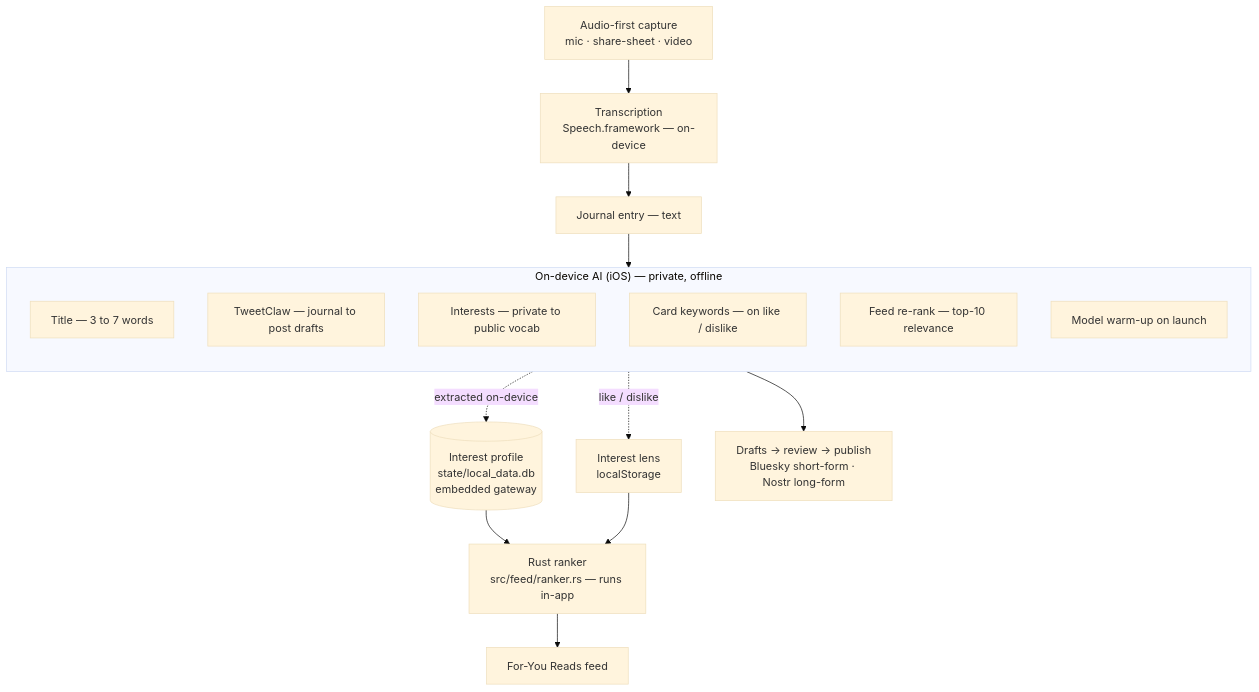
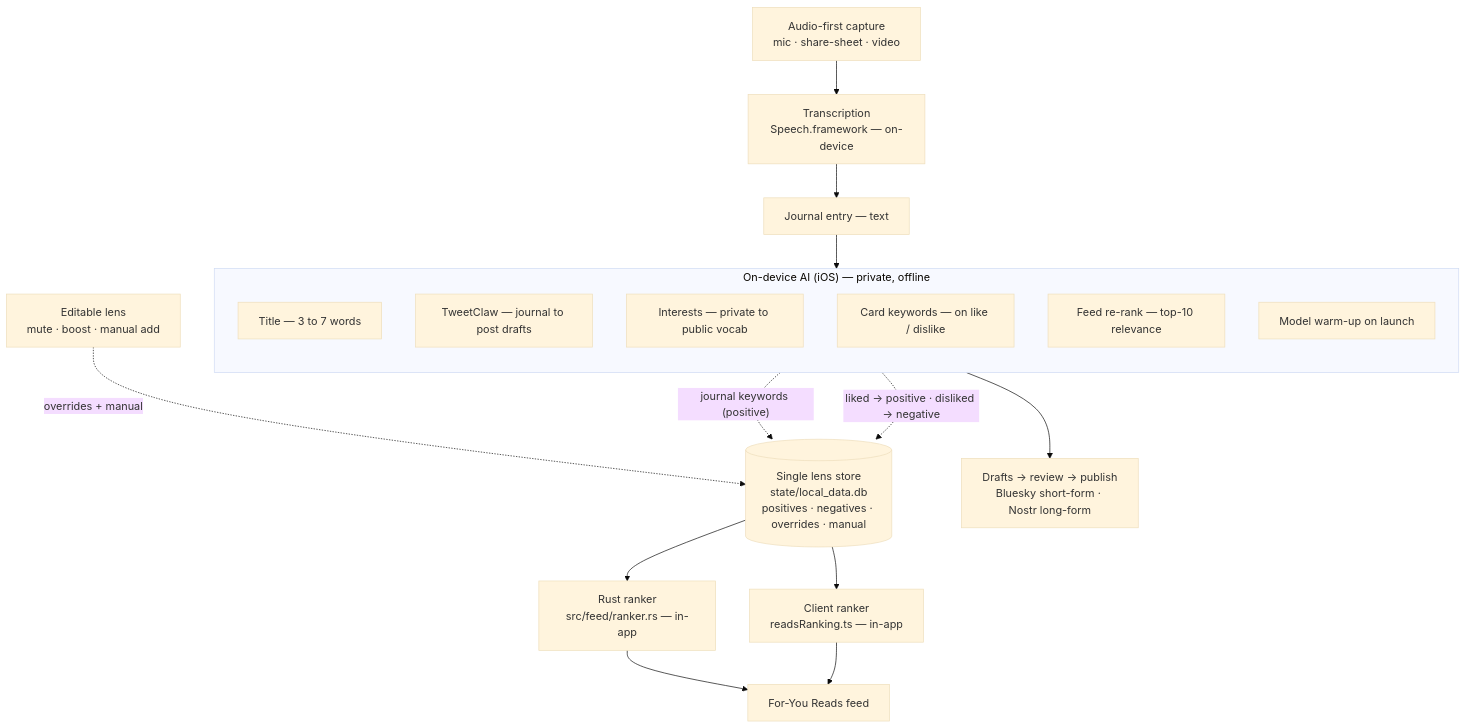
Before and after one commit to zanynik/slowclaw.social: the third of 3 diagrams in README.md, drawn with Mermaid (base theme). The commit also changed other lines of this file, not shown here.

Commit message:
docs(readme): single store, single lens
Phase 7 of the unification: update the AI-loop diagram + callout to
reflect that state/local_data.db is now the single source for the
curation lens.

- Diagram: the split IP (interest profile) + LENS (localStorage) nodes
  collapse into one STORE node. Journal keywords, liked/disliked card
  keywords, and the editable lens (mute/boost/manual) all write to it.
  Both rankers (Rust ranker.rs + client readsRanking.ts) read from it.
- 'Two stores, one lens' callout becomes 'One store, one lens':
  positives + persistent negatives + overrides + manual, survives iOS
  reinstall, one-time localStorage→SQLite migration on first launch.

No code change. Markdown only.

````diff
--- a/README.md
+++ b/README.md
@@ -92,23 +92,27 @@
 ```mermaid
 flowchart TB
     CAP["Audio-first capture<br/>mic · share-sheet · video"] --> TR["Transcription<br/>Speech.framework — on-device"]
     TR --> J["Journal entry — text"]
     J --> ON
 
     subgraph ON["On-device AI (iOS) — private, offline"]
         direction TB
         ON_T["Title — 3 to 7 words"]
         ON_TW["TweetClaw — journal to post drafts"]
         ON_IN["Interests — private to public vocab"]
         ON_CK["Card keywords — on like / dislike"]
         ON_RR["Feed re-rank — top-10 relevance"]
         ON_WM["Model warm-up on launch"]
     end
 
-    ON_IN -.->|"extracted on-device"| IP[("Interest profile<br/>state/local_data.db<br/>embedded gateway")]
-    ON_CK -.->|"like / dislike"| LENS["Interest lens<br/>localStorage"]
-    IP --> RANK["Rust ranker<br/>src/feed/ranker.rs — runs in-app"]
-    LENS --> RANK
-    RANK --> FEED["For-You Reads feed"]
+    ON_IN -.->|"journal keywords (positive)"| STORE
+    ON_CK -.->|"liked → positive · disliked → negative"| STORE
+    LENS_UI["Editable lens<br/>mute · boost · manual add"] -.->|"overrides + manual"| STORE
+
+    STORE[("Single lens store<br/>state/local_data.db<br/>positives · negatives · overrides · manual")]
+    STORE --> RANK_RS["Rust ranker<br/>src/feed/ranker.rs — in-app"]
+    STORE --> RANK_TS["Client ranker<br/>readsRanking.ts — in-app"]
+    RANK_RS --> FEED["For-You Reads feed"]
+    RANK_TS --> FEED
     ON_TW --> PUB["Drafts → review → publish<br/>Bluesky short-form · Nostr long-form"]
 ```
````
